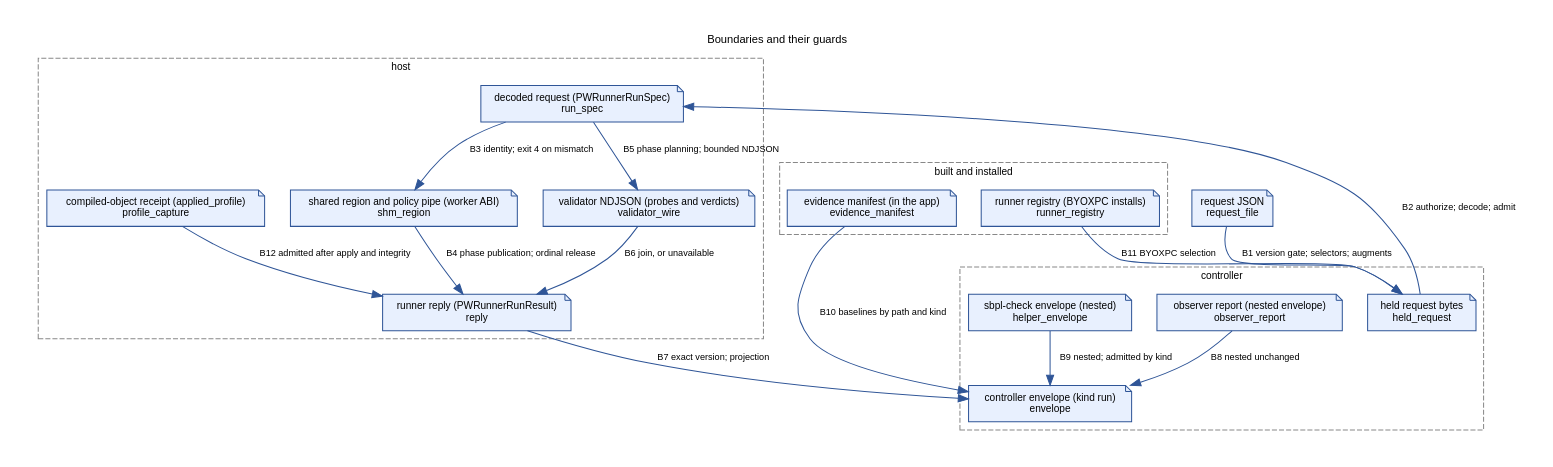
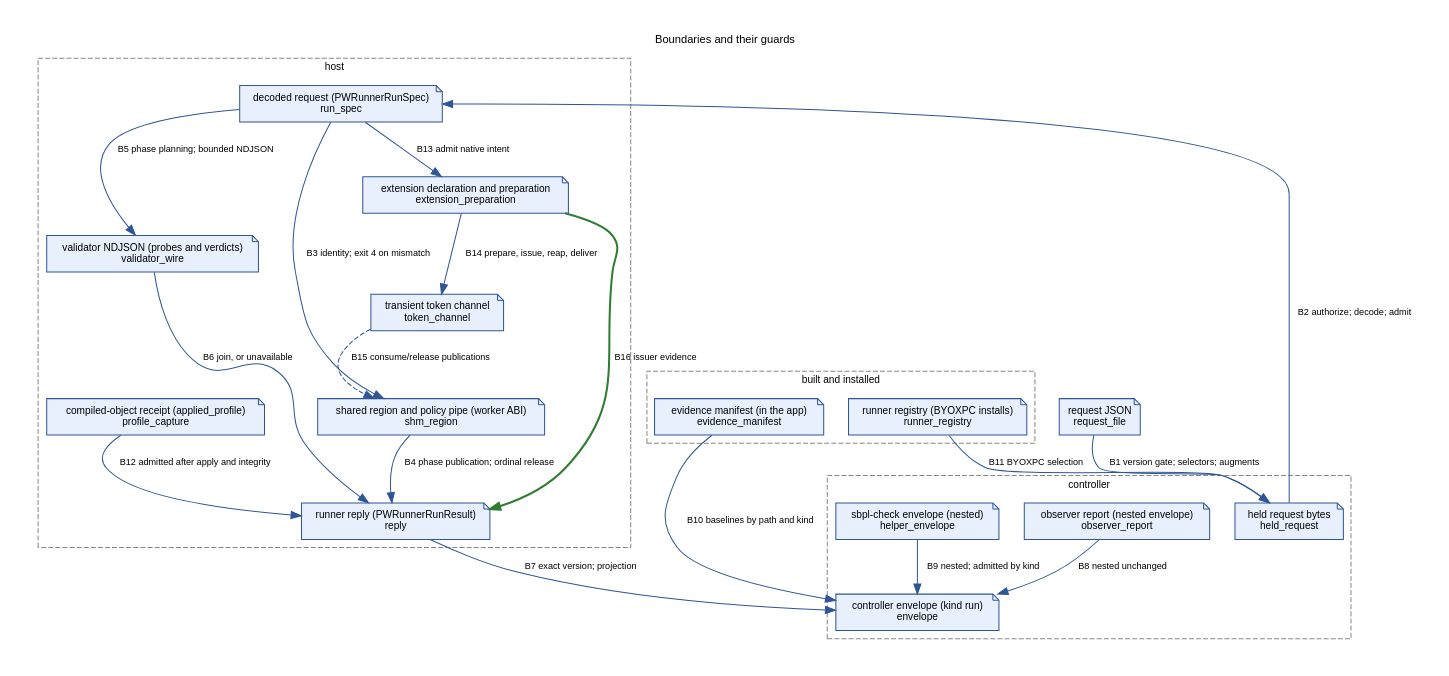
Before and after one commit to Protonk/PolicyWitness: the diagram in docs/architecture-boundaries.dot, drawn with Graphviz. The commit also changed 28 other files, not shown here.

Commit message:
Document extension experiments and ground the generated architecture

```diff
--- a/docs/architecture-boundaries.dot
+++ b/docs/architecture-boundaries.dot
@@ -1,49 +1,57 @@
 digraph boundaries {
     graph [rankdir=TB, bgcolor="white", fontname="Helvetica", fontsize=11, label="Boundaries and their guards", labelloc=t, pad=0.3, nodesep=0.35, ranksep=0.6];
     node [fontname="Helvetica", fontsize=10];
     edge [fontname="Helvetica", fontsize=9];
     subgraph cluster_controller_side {
         label="controller"; style=dashed; color="#888888"; fontsize=10;
         held_request;
         envelope;
         observer_report;
         helper_envelope;
     }
     subgraph cluster_host_side {
         label="host"; style=dashed; color="#888888"; fontsize=10;
         run_spec;
         shm_region;
         validator_wire;
         reply;
         profile_capture;
+        extension_preparation;
+        token_channel;
     }
     subgraph cluster_installed {
         label="built and installed"; style=dashed; color="#888888"; fontsize=10;
         evidence_manifest;
         runner_registry;
     }
     request_file [shape="note", style="filled", fillcolor="#e8f0fe", color="#2f5597", label="request JSON\nrequest_file", URL="ARCHITECTURE.md#boundaries-and-their-guards-nodes", tooltip="request_file: request JSON | the caller; a JSON file naming the request schema "];
     held_request [shape="note", style="filled", fillcolor="#e8f0fe", color="#2f5597", label="held request bytes\nheld_request", URL="ARCHITECTURE.md#boundaries-and-their-guards-nodes", tooltip="held_request: held request bytes | the controller; one serialization; selectors stripped, augments spliced "];
     run_spec [shape="note", style="filled", fillcolor="#e8f0fe", color="#2f5597", label="decoded request (PWRunnerRunSpec)\nrun_spec", URL="ARCHITECTURE.md#boundaries-and-their-guards-nodes", tooltip="run_spec: decoded request (PWRunnerRunSpec) | the host; Codable with closed keys "];
     shm_region [shape="note", style="filled", fillcolor="#e8f0fe", color="#2f5597", label="shared region and policy pipe (worker ABI)\nshm_region", URL="ARCHITECTURE.md#boundaries-and-their-guards-nodes", tooltip="shm_region: shared region and policy pipe (worker ABI) | host writes inputs, worker writes outputs; fixed layout; magic at byte 0, source identity at byte 64 "];
     validator_wire [shape="note", style="filled", fillcolor="#e8f0fe", color="#2f5597", label="validator NDJSON (probes and verdicts)\nvalidator_wire", URL="ARCHITECTURE.md#boundaries-and-their-guards-nodes", tooltip="validator_wire: validator NDJSON (probes and verdicts) | host and validator, co-shipped in one bundle; bounded NDJSON; exact kind sb_api_validator_verdict and schema_version 1 "];
     reply [shape="note", style="filled", fillcolor="#e8f0fe", color="#2f5597", label="runner reply (PWRunnerRunResult)\nreply", URL="ARCHITECTURE.md#boundaries-and-their-guards-nodes", tooltip="reply: runner reply (PWRunnerRunResult) | the host; response schema; shape golden "];
     profile_capture [shape="note", style="filled", fillcolor="#e8f0fe", color="#2f5597", label="compiled-object receipt (applied_profile)\nprofile_capture", URL="ARCHITECTURE.md#boundaries-and-their-guards-nodes", tooltip="profile_capture: compiled-object receipt (applied_profile) | the worker, before apply; admitted by the host; opt-in copy of the compiled object with a nonce; its own schema_version on AppliedProfileCapture "];
     envelope [shape="note", style="filled", fillcolor="#e8f0fe", color="#2f5597", label="controller envelope (kind run)\nenvelope", URL="ARCHITECTURE.md#boundaries-and-their-guards-nodes", tooltip="envelope: controller envelope (kind run) | the controller; envelope frame; shape golden "];
     observer_report [shape="note", style="filled", fillcolor="#e8f0fe", color="#2f5597", label="observer report (nested envelope)\nobserver_report", URL="ARCHITECTURE.md#boundaries-and-their-guards-nodes", tooltip="observer_report: observer report (nested envelope) | the observer; envelope frame; its own observer_schema_version (OBSERVER_SCHEMA_VERSION) inside "];
     helper_envelope [shape="note", style="filled", fillcolor="#e8f0fe", color="#2f5597", label="sbpl-check envelope (nested)\nhelper_envelope", URL="ARCHITECTURE.md#boundaries-and-their-guards-nodes", tooltip="helper_envelope: sbpl-check envelope (nested) | sbpl-check; envelope frame; kind sbpl_check "];
     evidence_manifest [shape="note", style="filled", fillcolor="#e8f0fe", color="#2f5597", label="evidence manifest (in the app)\nevidence_manifest", URL="ARCHITECTURE.md#boundaries-and-their-guards-nodes", tooltip="evidence_manifest: evidence manifest (in the app) | the build; hashes and entitlements of every shipped binary; its own schema_version (EVIDENCE_SCHEMA_VERSION) "];
     runner_registry [shape="note", style="filled", fillcolor="#e8f0fe", color="#2f5597", label="runner registry (BYOXPC installs)\nrunner_registry", URL="ARCHITECTURE.md#boundaries-and-their-guards-nodes", tooltip="runner_registry: runner registry (BYOXPC installs) | the runner commands; additive-field loader; retired kind aliases kept for recovery; its own schema_version (RUNNER_REGISTRY_SCHEMA_VERSION) "];
+    extension_preparation [shape="note", style="filled", fillcolor="#e8f0fe", color="#2f5597", label="extension declaration and preparation\nextension_preparation", URL="ARCHITECTURE.md#boundaries-and-their-guards-nodes", tooltip="extension_preparation: extension declaration and preparation | host; submitted references and paths remain distinct from observations; bounded references, realpath result and metadata before issuer launch "];
+    token_channel [shape="note", style="filled", fillcolor="#e8f0fe", color="#2f5597", label="transient token channel\ntoken_channel", URL="ARCHITECTURE.md#boundaries-and-their-guards-nodes", tooltip="token_channel: transient token channel | host owns mapping; issuer writes token/publication; worker consumes and erases; separate bounded shared mapping; inherited descriptors closed after mapping; never retained JSON "];
     request_file -> held_request [style="solid", color="#2f5597", label="B1 version gate; selectors; augments", URL="ARCHITECTURE.md#boundaries-and-their-guards-edges", tooltip="B1: request version gate; selector parse; augment resolution |  "];
     held_request -> run_spec [style="solid", color="#2f5597", label="B2 authorize; decode; admit", URL="ARCHITECTURE.md#boundaries-and-their-guards-edges", tooltip="B2: caller authorization; closed-key decode; capacity, then meaning; policy hash |  "];
     run_spec -> shm_region [style="solid", color="#2f5597", label="B3 identity; exit 4 on mismatch", URL="ARCHITECTURE.md#boundaries-and-their-guards-edges", tooltip="B3: host writes identity, counts, phase partitions and slots; worker refuses mismatched identity or invalid partition |  "];
-    shm_region -> reply [style="solid", color="#2f5597", label="B4 phase publication; ordinal release", URL="ARCHITECTURE.md#boundaries-and-their-guards-edges", tooltip="B4: per-phase release/acquire publication; exact ordinal before actions; disposition from raw facts |  "];
+    shm_region -> reply [style="solid", color="#2f5597", label="B4 phase publication; ordinal release", URL="ARCHITECTURE.md#boundaries-and-their-guards-edges", tooltip="B4: per-phase release/acquire publication; exact ordinal before actions; disposition from raw facts; native result publication and fresh-read consistency before claims |  "];
     run_spec -> validator_wire [style="solid", color="#2f5597", label="B5 phase planning; bounded NDJSON", URL="ARCHITECTURE.md#boundaries-and-their-guards-edges", tooltip="B5: fresh phase planning; bounded strict NDJSON decode; unique step association within the phase |  "];
     validator_wire -> reply [style="solid", color="#2f5597", label="B6 join, or unavailable", URL="ARCHITECTURE.md#boundaries-and-their-guards-edges", tooltip="B6: verdict joined only to its phase and step, or explicit unavailable prediction |  "];
     reply -> envelope [style="solid", color="#2f5597", label="B7 exact version; projection", URL="ARCHITECTURE.md#boundaries-and-their-guards-edges", tooltip="B7: exact response version; disposition validated and projected; reply retained unread when refused |  "];
     observer_report -> envelope [style="solid", color="#2f5597", label="B8 nested unchanged", URL="ARCHITECTURE.md#boundaries-and-their-guards-edges", tooltip="B8: nested unchanged; log evidence never changes execution evidence |  The receiver admits the exact kind, outer envelope version and inner report version before interpretation. Rejected JSON remains opaque; independent transport and execution evidence survive."];
     helper_envelope -> envelope [style="solid", color="#2f5597", label="B9 nested; admitted by kind", URL="ARCHITECTURE.md#boundaries-and-their-guards-edges", tooltip="B9: nested unchanged; admitted by kind and frame version |  "];
     evidence_manifest -> envelope [style="solid", color="#2f5597", label="B10 baselines by path and kind", URL="ARCHITECTURE.md#boundaries-and-their-guards-edges", tooltip="B10: dossier compares selected binaries with manifest baselines; lookup by exact path and kind |  "];
     runner_registry -> held_request [style="solid", color="#2f5597", label="B11 BYOXPC selection", URL="ARCHITECTURE.md#boundaries-and-their-guards-edges", tooltip="B11: selection resolves a BYOXPC target; selector fields stripped before XPC |  "];
     profile_capture -> reply [style="solid", color="#2f5597", label="B12 admitted after apply and integrity", URL="ARCHITECTURE.md#boundaries-and-their-guards-edges", tooltip="B12: admitted only after successful application, worker completion, PID, nonce, input identity and payload integrity checks |  "];
+    run_spec -> extension_preparation [style="solid", color="#2f5597", label="B13 admit native intent", URL="ARCHITECTURE.md#boundaries-and-their-guards-edges", tooltip="B13: explicit phases, declaration/action caps, reference order and exec exclusion before preparation |  Declaration count 1 item; consume count 1 item; release count 1 item; references 63 UTF-8 bytes; target 1,023 UTF-8 bytes."];
+    extension_preparation -> token_channel [style="solid", color="#2f5597", label="B14 prepare, issue, reap, deliver", URL="ARCHITECTURE.md#boundaries-and-their-guards-edges", tooltip="B14: resolved target and metadata before native issuance; clean issuer reap and bounded publication before worker delivery |  "];
+    token_channel -> shm_region [style="dashed", color="#2f5597", label="B15 consume/release publications", URL="ARCHITECTURE.md#boundaries-and-their-guards-edges", tooltip="B15: worker receives transient token separately; publishes delivery and ordered consume/release facts in evidence slots |  "];
+    extension_preparation -> reply [style="bold", color="#2e7d32", label="B16 issuer evidence", URL="ARCHITECTURE.md#boundaries-and-their-guards-edges", tooltip="B16: preparation, authority and native issuer/cleanup observations without token bytes |  "];
 }
```
